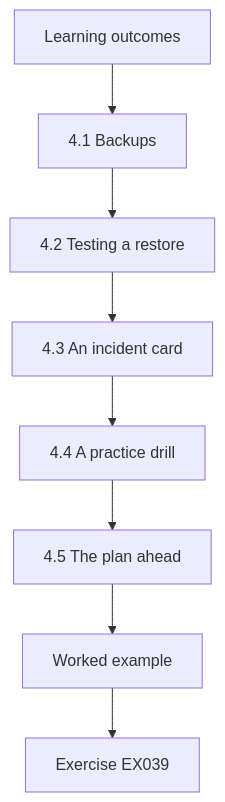
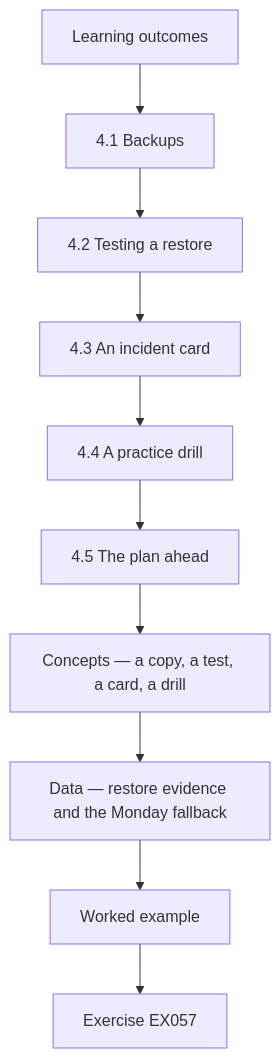
The tenth of 12 diagrams in levels/rapid-1-month/information-security/en/book/MANUSCRIPT.md (hiagokinlevi/CyKin), drawn with Mermaid before and after one commit. The commit also changed other lines of this file and 1 other file, not shown here.

````diff
--- a/levels/rapid-1-month/information-security/en/book/MANUSCRIPT.md
+++ b/levels/rapid-1-month/information-security/en/book/MANUSCRIPT.md
@@ -428,12 +614,14 @@
 ```mermaid
 flowchart TD
   N0["Learning outcomes"]
   N1["4.1 Backups"]
   N2["4.2 Testing a restore"]
   N3["4.3 An incident card"]
   N4["4.4 A practice drill"]
   N5["4.5 The plan ahead"]
-  N0 --> N1 --> N2 --> N3 --> N4 --> N5
-  N5 --> EX["Worked example"]
-  EX --> Q["Exercise EX039"]
+  N6["Concepts — a copy, a test, a card, a drill"]
+  N7["Data — restore evidence and the Monday fallback"]
+  N0 --> N1 --> N2 --> N3 --> N4 --> N5 --> N6 --> N7
+  N7 --> EX["Worked example"]
+  EX --> Q["Exercise EX057"]
 ```
````
